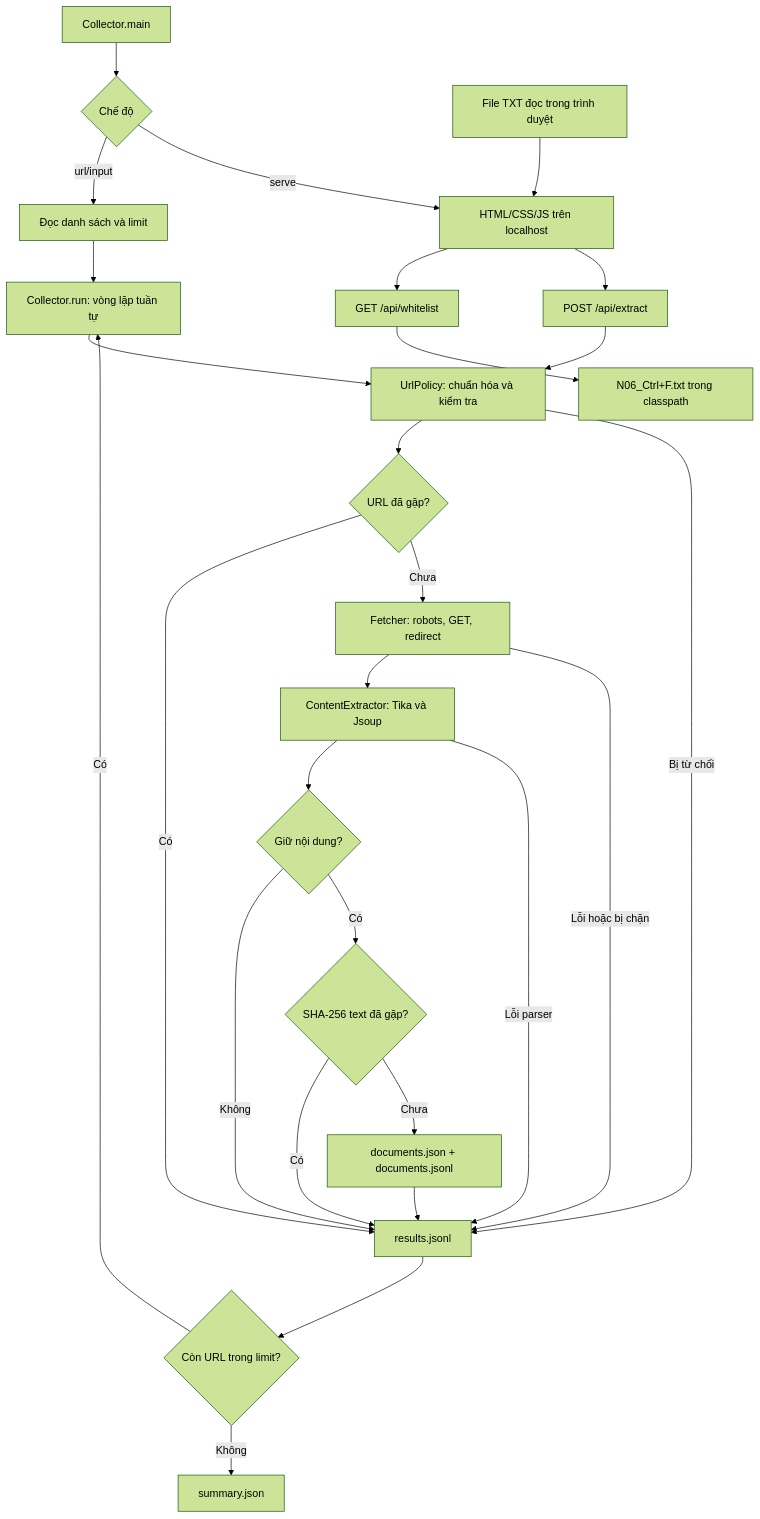
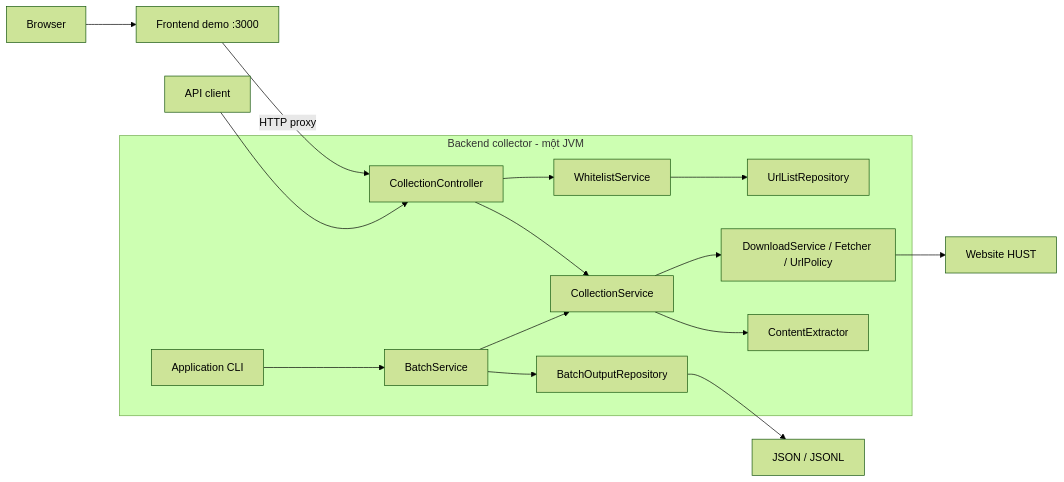
Before and after one commit to dungx48/it4863-content-collector: the diagram in docs/architecture.md, drawn with Mermaid (forest theme). The commit also changed other lines of this file and 84 other files, not shown here.

````diff
--- a/docs/architecture.md
+++ b/docs/architecture.md
@@ -25,29 +16,18 @@
 ```mermaid
-flowchart TD
-    CLI[Collector.main] --> Mode{Chế độ}
-    Mode -->|url/input| Input[Đọc danh sách và limit]
-    Mode -->|serve| UI[HTML/CSS/JS trên localhost]
-    UI --> Suggest[GET /api/whitelist]
-    Suggest --> White[N06_Ctrl+F.txt trong classpath]
-    UI --> API[POST /api/extract]
-    Import[File TXT đọc trong trình duyệt] --> UI
-    API --> Policy
-    Input --> Batch[Collector.run: vòng lặp tuần tự]
-    Batch --> Policy[UrlPolicy: chuẩn hóa và kiểm tra]
-    Policy --> Seen{URL đã gặp?}
-    Seen -->|Có| Result[results.jsonl]
-    Seen -->|Chưa| Fetch[Fetcher: robots, GET, redirect]
-    Fetch --> Extract[ContentExtractor: Tika và Jsoup]
-    Extract --> Keep{Giữ nội dung?}
-    Keep -->|Không| Result
-    Keep -->|Có| Hash{SHA-256 text đã gặp?}
-    Hash -->|Có| Result
-    Hash -->|Chưa| Docs[documents.json + documents.jsonl]
-    Docs --> Result
-    Policy -->|Bị từ chối| Result
-    Fetch -->|Lỗi hoặc bị chặn| Result
-    Extract -->|Lỗi parser| Result
-    Result --> Next{Còn URL trong limit?}
-    Next -->|Có| Batch
-    Next -->|Không| Summary[summary.json]
+flowchart LR
+    Browser[Browser] --> Demo[Frontend demo :3000]
+    Demo -->|HTTP proxy| Controller
+    Client[API client] --> Controller
+    subgraph Backend[Backend collector - một JVM]
+      Controller[CollectionController] --> Service[CollectionService]
+      CLI[Application CLI] --> Batch[BatchService]
+      Batch --> Service
+      Controller --> White[WhitelistService]
+      White --> URLs[UrlListRepository]
+      Batch --> Output[BatchOutputRepository]
+      Service --> Download[DownloadService / Fetcher / UrlPolicy]
+      Service --> Parser[ContentExtractor]
+    end
+    Download --> HUST[Website HUST]
+    Output --> Disk[JSON / JSONL]
 ```
````
